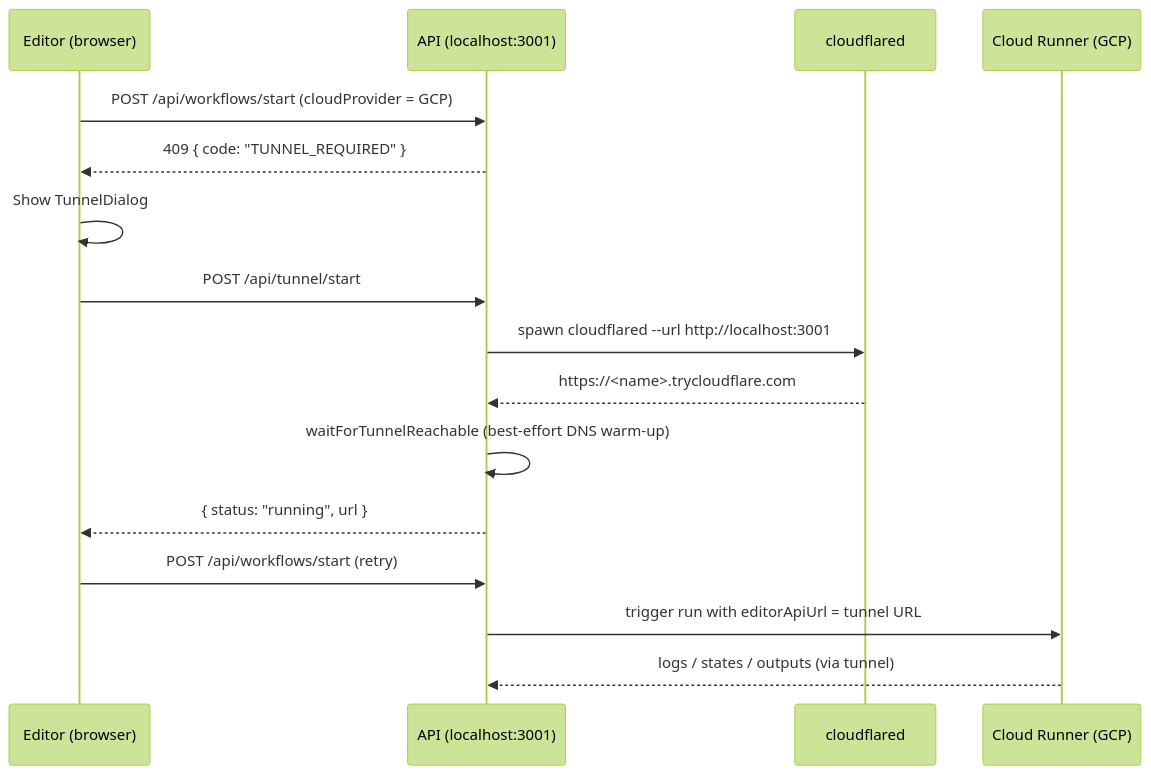
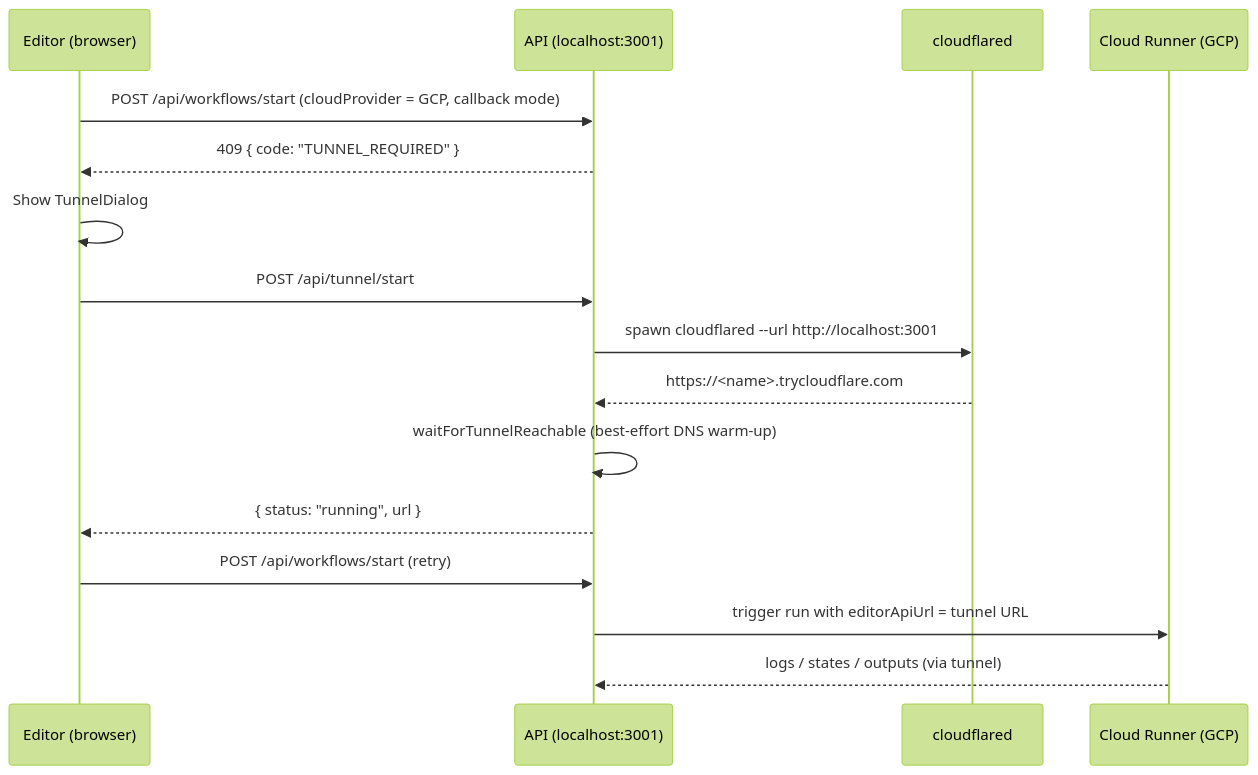
The diagram in docs/docs/local-dev/10-remote-debugging.md (playrunner/playrunner), drawn with Mermaid (forest theme) before and after one commit. The commit also changed other lines of this file and 31 other files, not shown here.

````diff
--- a/docs/docs/local-dev/10-remote-debugging.md
+++ b/docs/docs/local-dev/10-remote-debugging.md
@@ -24,19 +30,19 @@
 ```mermaid
 sequenceDiagram
     participant E as Editor (browser)
     participant A as API (localhost:3001)
     participant T as cloudflared
     participant G as Cloud Runner (GCP)
 
-    E->>A: POST /api/workflows/start (cloudProvider = GCP)
+    E->>A: POST /api/workflows/start (cloudProvider = GCP, callback mode)
     A-->>E: 409 { code: "TUNNEL_REQUIRED" }
     E->>E: Show TunnelDialog
     E->>A: POST /api/tunnel/start
     A->>T: spawn cloudflared --url http://localhost:3001
     T-->>A: https://<name>.trycloudflare.com
     A->>A: waitForTunnelReachable (best-effort DNS warm-up)
     A-->>E: { status: "running", url }
     E->>A: POST /api/workflows/start (retry)
     A->>G: trigger run with editorApiUrl = tunnel URL
     G-->>A: logs / states / outputs (via tunnel)
 ```
````
